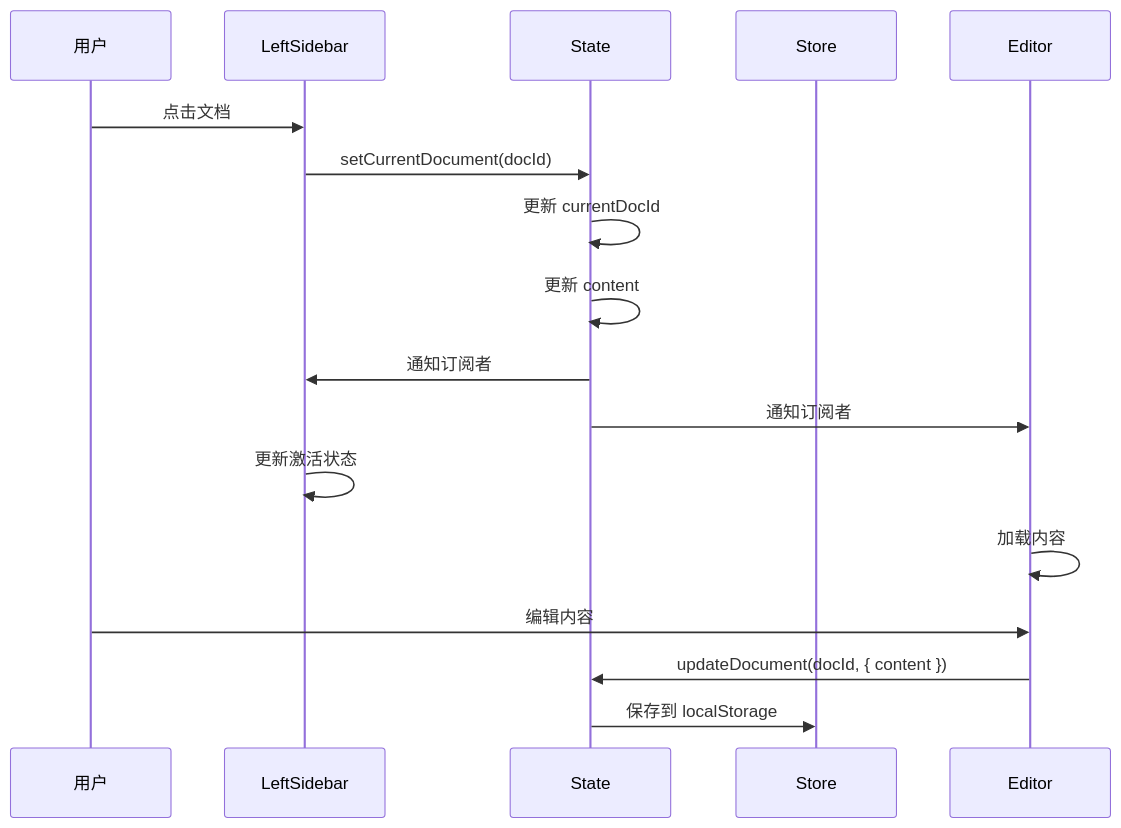
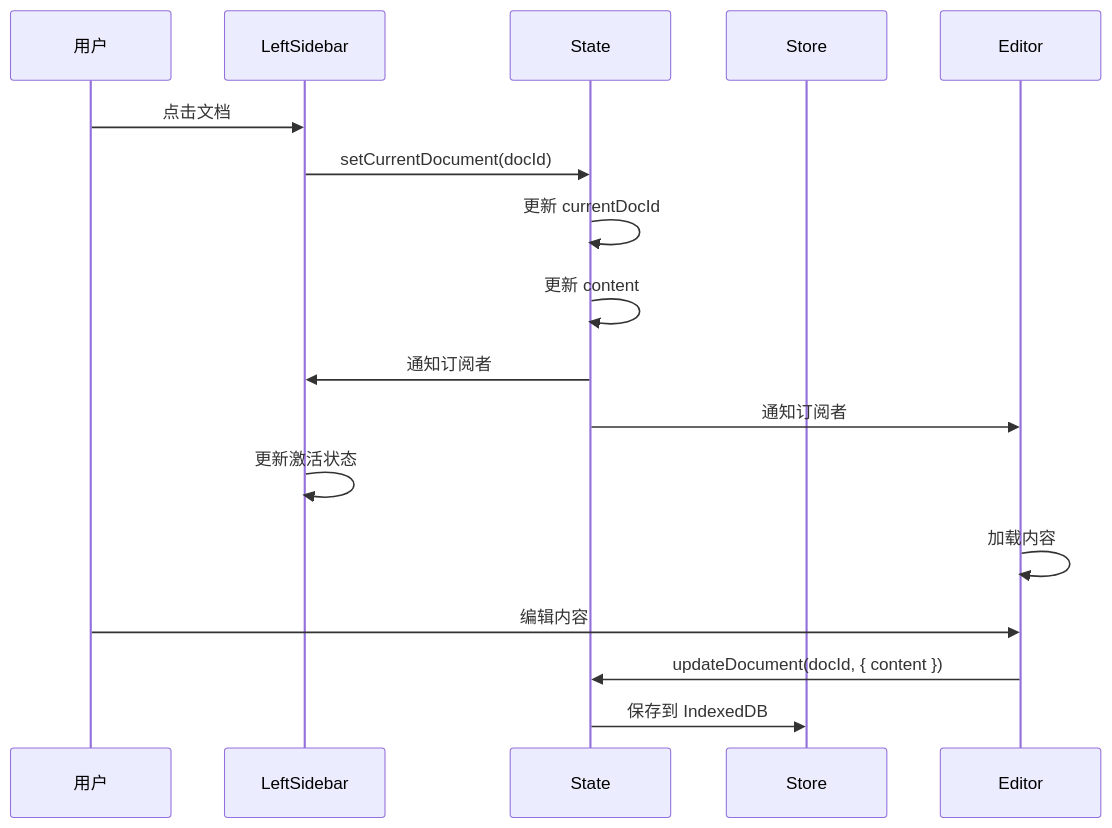
One commit to ZCShou/markdown changed diagram 14 of 15 in docs/arch.md. Above: the diagram before and after it, drawn with Mermaid. The commit also changed other lines of this file and 4 other files, not shown here.

Commit message:
refactor: remove localStorage migration logic and simplify test setup

````diff
--- a/docs/arch.md
+++ b/docs/arch.md
@@ -1631,21 +1464,21 @@
 ```mermaid
 sequenceDiagram
     participant U as 用户
     participant D as LeftSidebar
     participant S as State
     participant ST as Store
     participant E as Editor
 
     U->>D: 点击文档
     D->>S: setCurrentDocument(docId)
     S->>S: 更新 currentDocId
     S->>S: 更新 content
     S->>D: 通知订阅者
     S->>E: 通知订阅者
     D->>D: 更新激活状态
     E->>E: 加载内容
     
     U->>E: 编辑内容
     E->>S: updateDocument(docId, { content })
-    S->>ST: 保存到 localStorage
+    S->>ST: 保存到 IndexedDB
 ```
````
